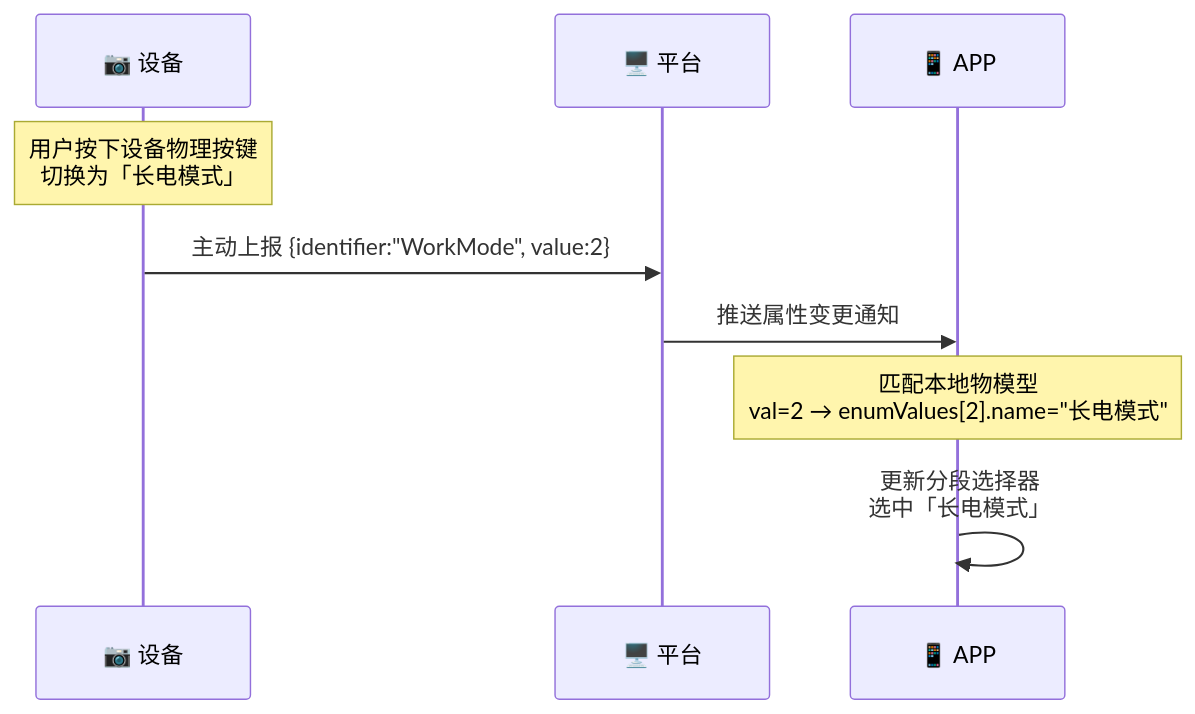
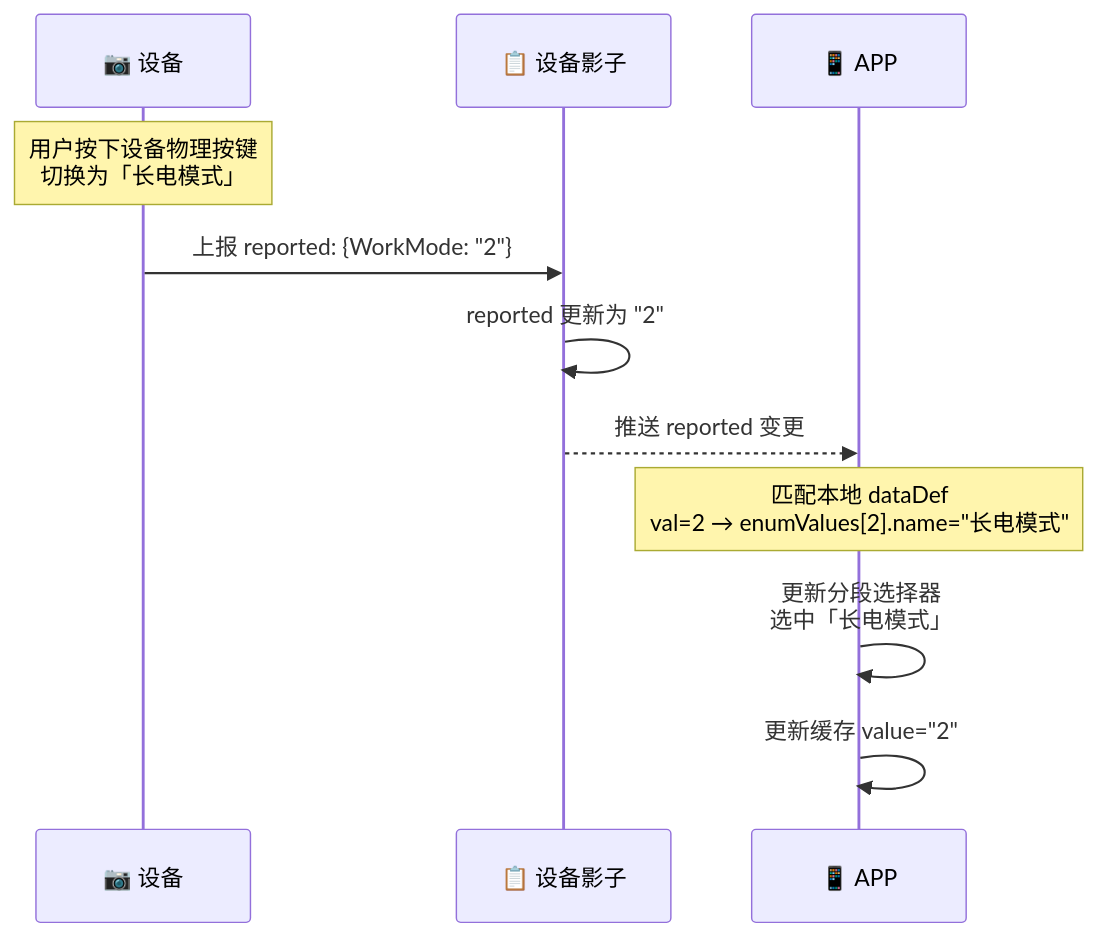
One commit to hongtao-l/platform changed the fifth of 11 diagrams in docs/draft/物模型管理04全链路流程.md. Above: the diagram before and after it, drawn with Mermaid. The commit also changed other lines of this file and 5 other files, not shown here.

````diff
--- a/docs/draft/物模型管理04全链路流程.md
+++ b/docs/draft/物模型管理04全链路流程.md
@@ -148,15 +211,17 @@
 ```mermaid
 sequenceDiagram
     participant Device as 📷 设备
-    participant Platform as 🖥️ 平台
+    participant Shadow as 📋 设备影子
     participant APP as 📱 APP
 
     Note over Device: 用户按下设备物理按键<br/>切换为「长电模式」
 
-    Device->>Platform: 主动上报 {identifier:"WorkMode", value:2}
-    Platform->>APP: 推送属性变更通知
+    Device->>Shadow: 上报 reported: {WorkMode: "2"}
+    Shadow->>Shadow: reported 更新为 "2"
+    Shadow-->>APP: 推送 reported 变更
 
-    Note over APP: 匹配本地物模型<br/>val=2 → enumValues[2].name="长电模式"
+    Note over APP: 匹配本地 dataDef<br/>val=2 → enumValues[2].name="长电模式"
 
     APP->>APP: 更新分段选择器<br/>选中「长电模式」
+    APP->>APP: 更新缓存 value="2"
 ```
````
